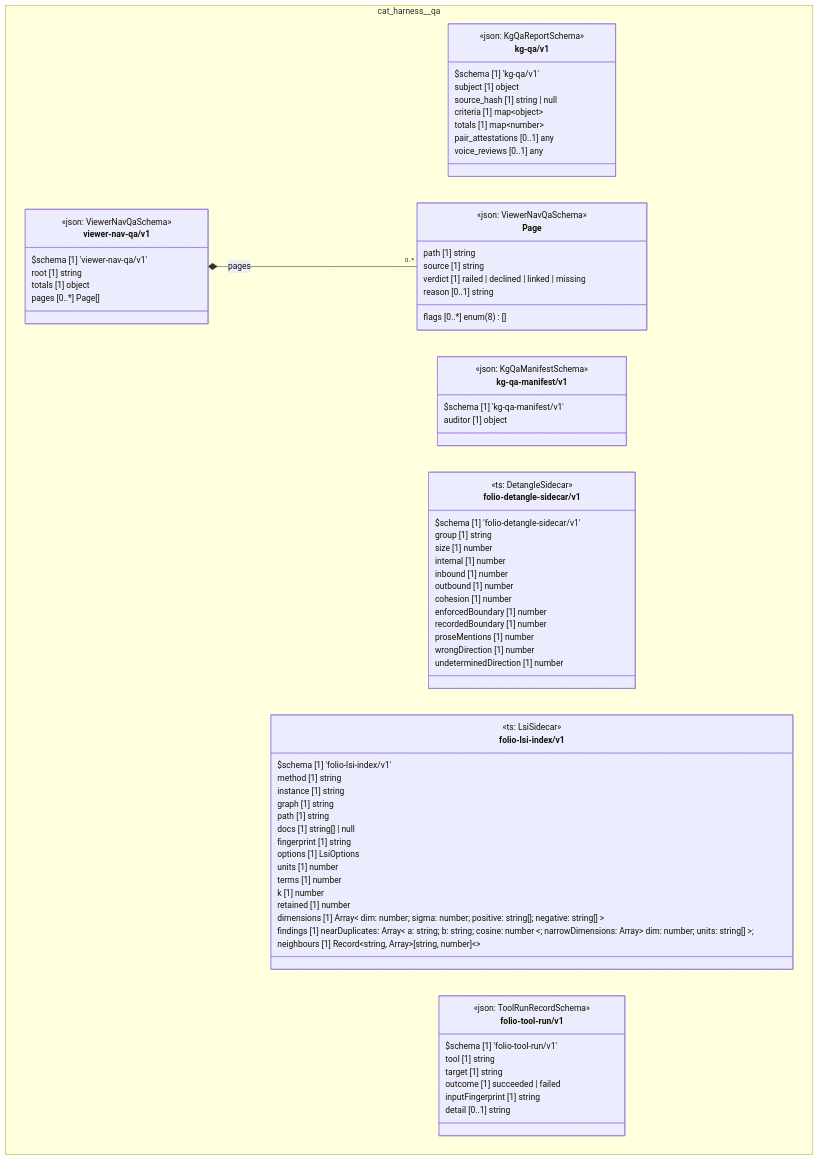
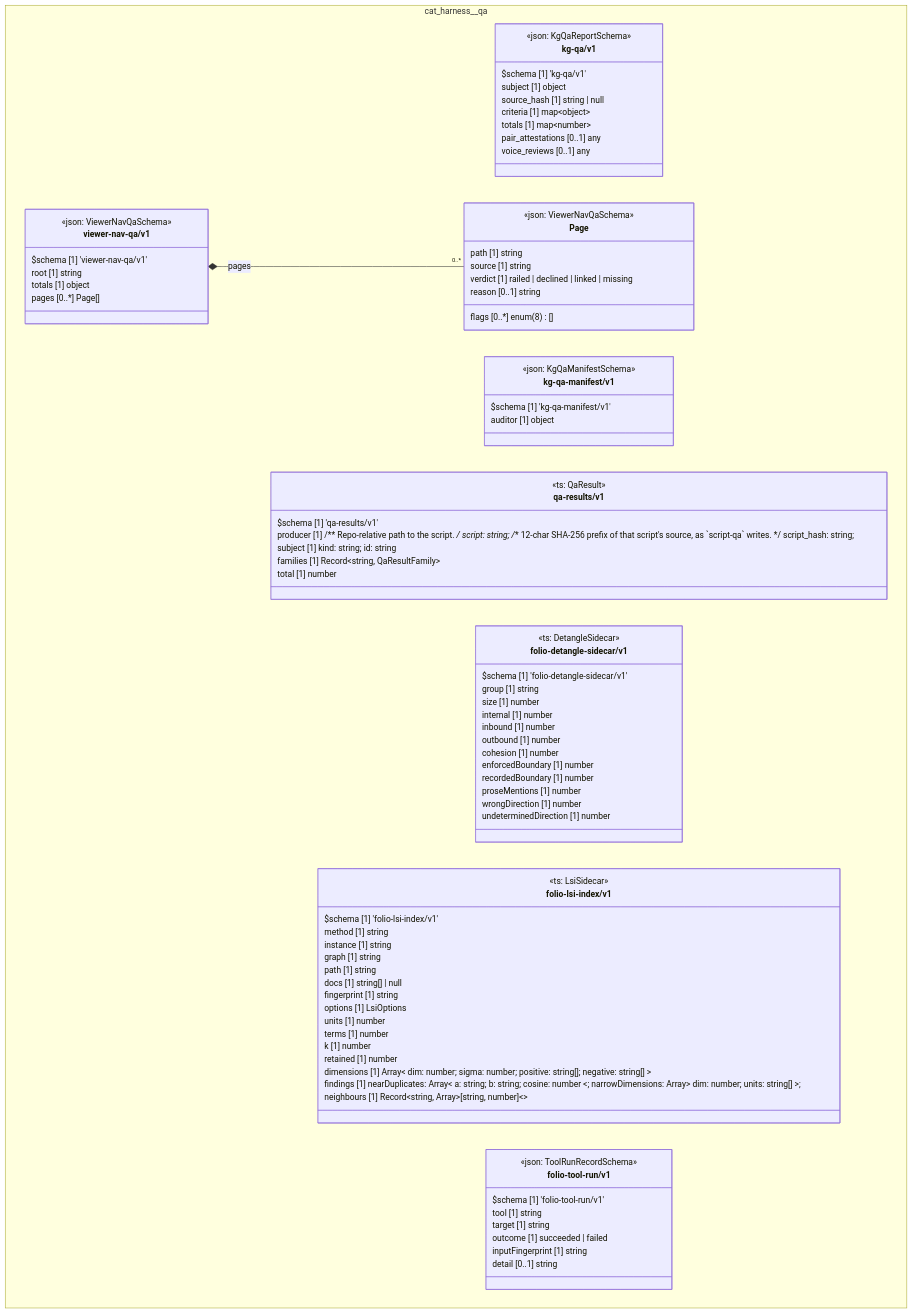
The diagram in cat-harness/uml/overview/cat-harness/qa.mmd (litlfred/folio-assistant), drawn with Mermaid before and after one commit. The commit also changed 9 other files, not shown here.

First line of the commit message:
uml:overview after #2080 moved QA results off main

```diff
--- a/cat-harness/uml/overview/cat-harness/qa.mmd
+++ b/cat-harness/uml/overview/cat-harness/qa.mmd
@@ -1,84 +1,93 @@
 classDiagram
   direction TB
   namespace cat_harness__qa {
     class cat_harness_qa_kg_qa_v1_kg_qa_v1["kg-qa/v1"] {
       <<json: KgQaReportSchema>>
       $schema [1] 'kg-qa/v1'
       subject [1] object
       source_hash [1] string | null
       criteria [1] map~object~
       totals [1] map~number~
       pair_attestations [0..1] any
       voice_reviews [0..1] any
     }
     class cat_harness_qa_kg_qa_manifest_v1_kg_qa_manifest_v1["kg-qa-manifest/v1"] {
       <<json: KgQaManifestSchema>>
       $schema [1] 'kg-qa-manifest/v1'
       auditor [1] object
+    }
+    class cat_harness_qa_qa_results_v1["qa-results/v1"] {
+      <<ts: QaResult>>
+      $schema [1] 'qa-results/v1'
+      producer [1]  /** Repo-relative path to the script. */ script: string; /** 12-char SHA-256 prefix of that script's source, as `script-qa` writes. */ script_hash: string; 
+      subject [1]  kind: string; id: string 
+      families [1] Record~string, QaResultFamily~
+      total [1] number
     }
     class cat_harness_qa_folio_detangle_sidecar_v1["folio-detangle-sidecar/v1"] {
       <<ts: DetangleSidecar>>
       $schema [1] 'folio-detangle-sidecar/v1'
       group [1] string
       size [1] number
       internal [1] number
       inbound [1] number
       outbound [1] number
       cohesion [1] number
       enforcedBoundary [1] number
       recordedBoundary [1] number
       proseMentions [1] number
       wrongDirection [1] number
       undeterminedDirection [1] number
     }
     class cat_harness_qa_folio_lsi_index_v1["folio-lsi-index/v1"] {
       <<ts: LsiSidecar>>
       $schema [1] 'folio-lsi-index/v1'
       method [1] string
       instance [1] string
       graph [1] string
       path [1] string
       docs [1] string[] | null
       fingerprint [1] string
       options [1] LsiOptions
       units [1] number
       terms [1] number
       k [1] number
       retained [1] number
       dimensions [1] Array~ dim: number; sigma: number; positive: string[]; negative: string[] ~
       findings [1]  nearDuplicates: Array~ a: string; b: string; cosine: number ~; narrowDimensions: Array~ dim: number; units: string[] ~; 
       neighbours [1] Record~string, Array~[string, number]~~
     }
     class cat_harness_qa_folio_tool_run_v1_folio_tool_run_v1["folio-tool-run/v1"] {
       <<json: ToolRunRecordSchema>>
       $schema [1] 'folio-tool-run/v1'
       tool [1] string
       target [1] string
       outcome [1] succeeded | failed
       inputFingerprint [1] string
       detail [0..1] string
     }
     class cat_harness_qa_viewer_nav_qa_v1_Page["Page"] {
       <<json: ViewerNavQaSchema>>
       path [1] string
       source [1] string
       verdict [1] railed | declined | linked | missing
       reason [0..1] string
       flags [0..*] enum(8)[]
     }
     class cat_harness_qa_viewer_nav_qa_v1_viewer_nav_qa_v1["viewer-nav-qa/v1"] {
       <<json: ViewerNavQaSchema>>
       $schema [1] 'viewer-nav-qa/v1'
       root [1] string
       totals [1] object
       pages [0..*] Page[]
     }
   }
   cat_harness_qa_viewer_nav_qa_v1_viewer_nav_qa_v1 *-- "0..*" cat_harness_qa_viewer_nav_qa_v1_Page : pages
   cssClass "cat_harness_qa_kg_qa_v1_kg_qa_v1" fa_uml_kind_qa
   cssClass "cat_harness_qa_kg_qa_manifest_v1_kg_qa_manifest_v1" fa_uml_kind_qa
+  cssClass "cat_harness_qa_qa_results_v1" fa_uml_kind_qa
   cssClass "cat_harness_qa_folio_detangle_sidecar_v1" fa_uml_kind_qa
   cssClass "cat_harness_qa_folio_lsi_index_v1" fa_uml_kind_qa
   cssClass "cat_harness_qa_folio_tool_run_v1_folio_tool_run_v1" fa_uml_kind_qa
   cssClass "cat_harness_qa_viewer_nav_qa_v1_Page" fa_uml_kind_qa
   cssClass "cat_harness_qa_viewer_nav_qa_v1_viewer_nav_qa_v1" fa_uml_kind_qa
```
